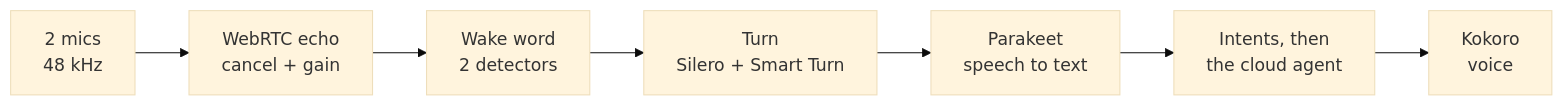
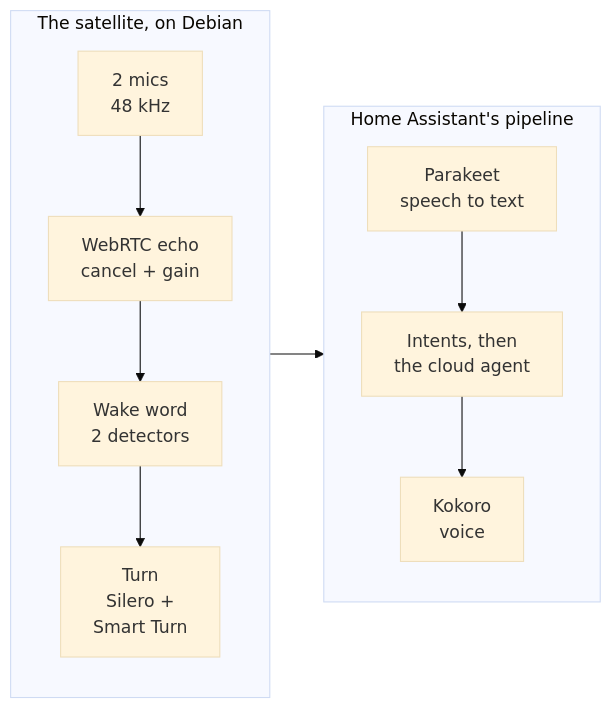
The diagram in docs/voice.md (SettlingAbyss96/fosters-home-hub), drawn with Mermaid (base theme) before and after one commit. The commit also changed 4 other files, not shown here.

First line of the commit message:
Flowcharts: no overlapping labels, nothing under GitHub's zoom buttons

````diff
--- a/docs/voice.md
+++ b/docs/voice.md
@@ -19,9 +19,15 @@
 ```mermaid
 flowchart LR
-    M[2 mics<br/>48 kHz] --> A[WebRTC echo<br/>cancel + gain]
-    A --> W[Wake word<br/>2 detectors]
-    W --> T[Turn<br/>Silero + Smart Turn]
-    T --> S[Parakeet<br/>speech to text]
-    S --> I[Intents, then<br/>the cloud agent]
-    I --> K[Kokoro<br/>voice]
+    subgraph Sat[The satellite, on Debian]
+        direction TB
+        M[2 mics<br/>48 kHz] --> A[WebRTC echo<br/>cancel + gain]
+        A --> W[Wake word<br/>2 detectors]
+        W --> T[Turn<br/>Silero +<br/>Smart Turn]
+    end
+    subgraph Pipe[Home Assistant's pipeline]
+        direction TB
+        S[Parakeet<br/>speech to text] --> I[Intents, then<br/>the cloud agent]
+        I --> K[Kokoro<br/>voice]
+    end
+    Sat --> Pipe
 ```
````
